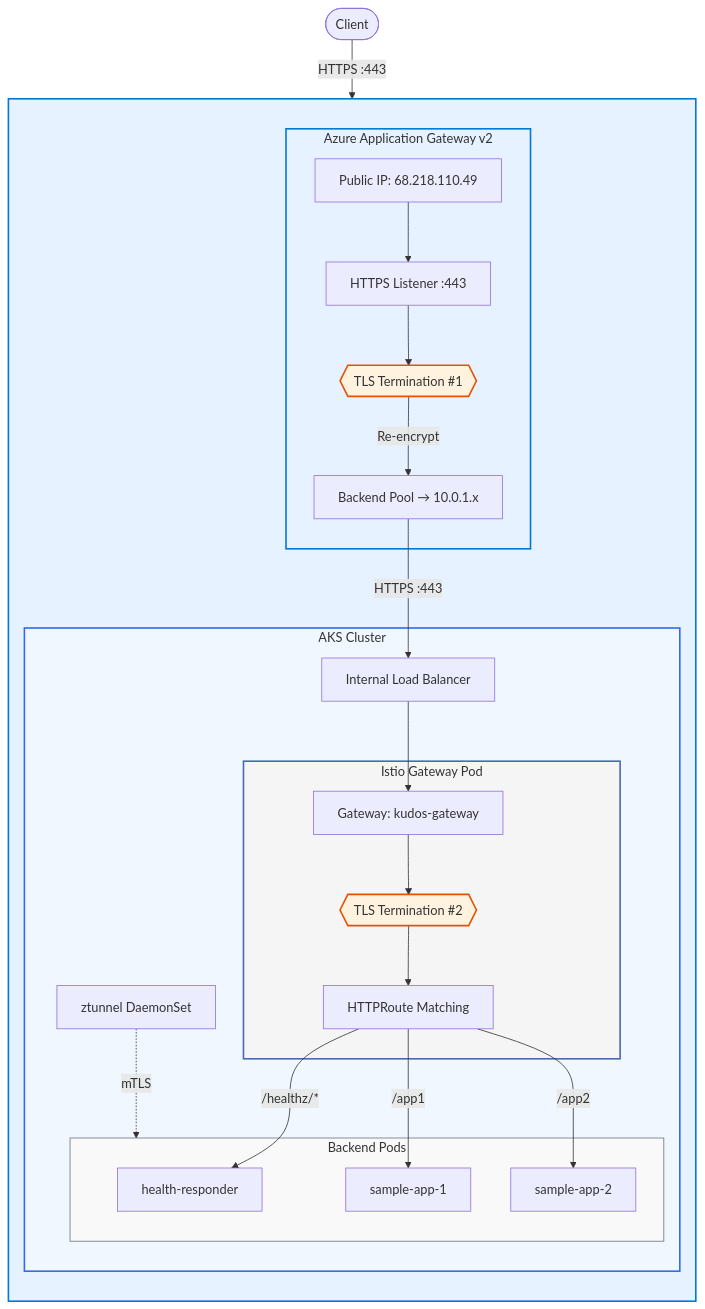
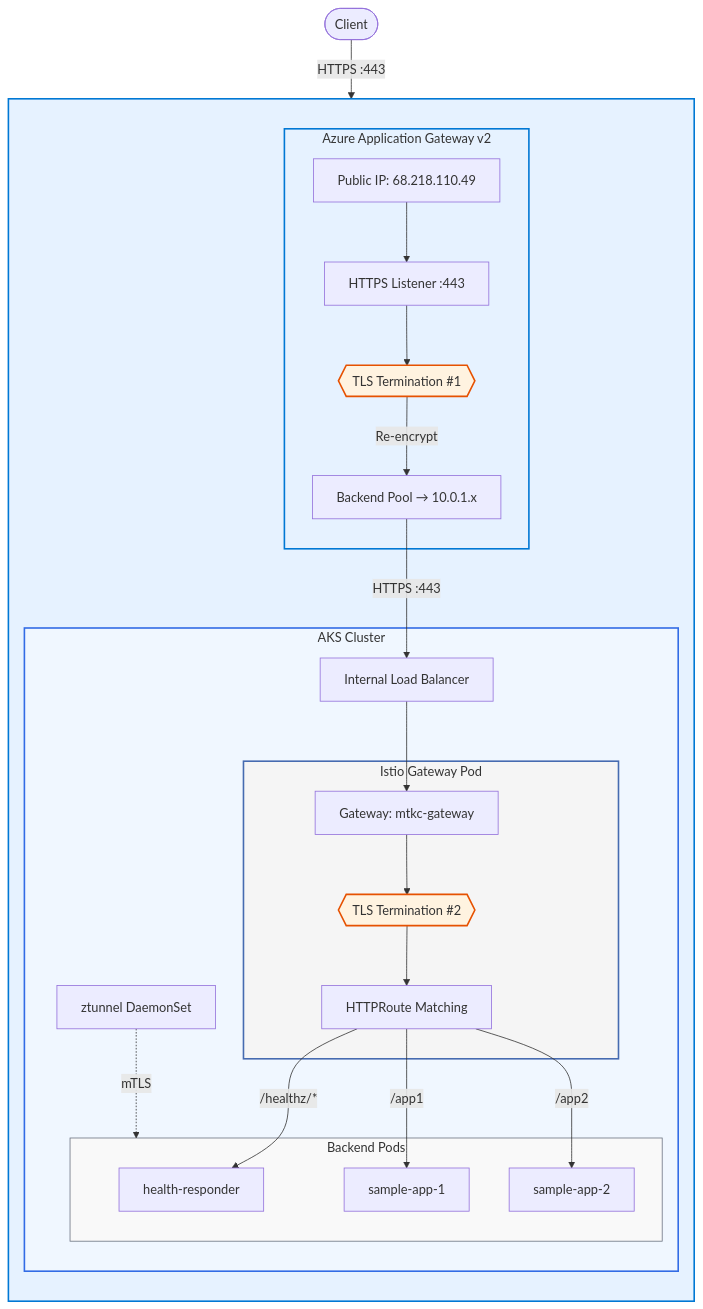
The first of 7 diagrams in README.md (shanaka-versent/shanaka-aks-poc), drawn with Mermaid before and after one commit. The commit also changed other lines of this file and 25 other files, not shown here.

````diff
--- a/README.md
+++ b/README.md
@@ -32,59 +32,59 @@
 ```mermaid
 flowchart TD
     Client([Client])
 
     subgraph AZURE [" "]
         direction TB
 
         subgraph AppGW ["Azure Application Gateway v2"]
             FE["Public IP: 68.218.110.49"]
             HTTPS1["HTTPS Listener :443"]
             TLS1{{"TLS Termination #1"}}
             BP["Backend Pool → 10.0.1.x"]
         end
 
         subgraph AKS ["AKS Cluster"]
             ILB["Internal Load Balancer"]
 
             subgraph ISTIO ["Istio Gateway Pod"]
-                GW["Gateway: kudos-gateway"]
+                GW["Gateway: mtkc-gateway"]
                 TLS2{{"TLS Termination #2"}}
                 HR["HTTPRoute Matching"]
             end
 
             subgraph APPS ["Backend Pods"]
                 H["health-responder"]
                 A1["sample-app-1"]
                 A2["sample-app-2"]
             end
 
             ZT["ztunnel DaemonSet"]
         end
     end
 
     Client -->|"HTTPS :443"| FE
     FE --> HTTPS1
     HTTPS1 --> TLS1
     TLS1 -->|"Re-encrypt"| BP
     BP -->|"HTTPS :443"| ILB
     ILB --> GW
     GW --> TLS2
     TLS2 --> HR
     HR -->|"/healthz/*"| H
     HR -->|"/app1"| A1
     HR -->|"/app2"| A2
     ZT -.->|"mTLS"| APPS
 
     classDef azure fill:#e6f2ff,stroke:#0078d4,stroke-width:2px,color:#333
     classDef aks fill:#f0f7ff,stroke:#326ce5,stroke-width:2px,color:#333
     classDef istio fill:#f5f5f5,stroke:#466bb0,stroke-width:2px,color:#333
     classDef apps fill:#f9f9f9,stroke:#6b7280,stroke-width:1px,color:#333
     classDef tls fill:#fff3e0,stroke:#e65100,stroke-width:2px,color:#333
 
     class AZURE azure
     class AppGW azure
     class AKS aks
     class ISTIO istio
     class APPS apps
     class TLS1,TLS2 tls
 ```
````
